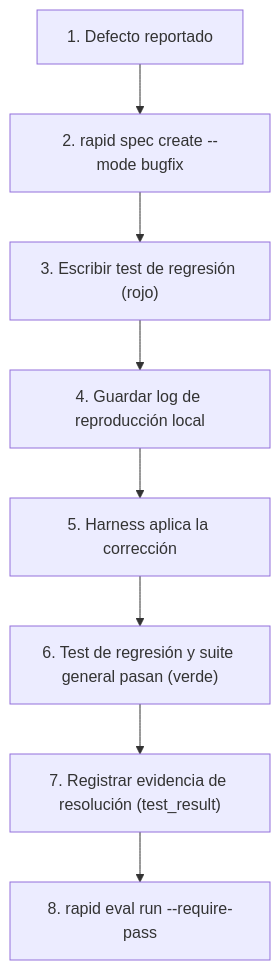
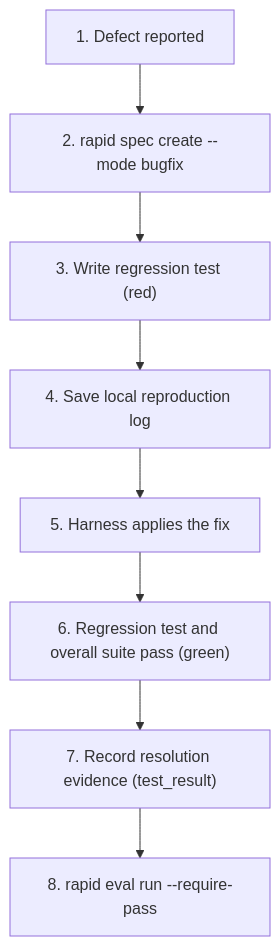
The diagram in docs/guides/modes/bugfix.md (alyconr/Rapid-OS), drawn with Mermaid before and after one commit. The commit also changed other lines of this file and 81 other files, not shown here.

````diff
--- a/docs/guides/modes/bugfix.md
+++ b/docs/guides/modes/bugfix.md
@@ -41,10 +41,10 @@
 ```mermaid
 flowchart TD
-    Bug["1. Defecto reportado"] --> Spec["2. rapid spec create --mode bugfix"]
-    Spec --> TestFail["3. Escribir test de regresión (rojo)"]
-    TestFail --> EvFail["4. Guardar log de reproducción local"]
-    EvFail --> Fix["5. Harness aplica la corrección"]
-    Fix --> TestPass["6. Test de regresión y suite general pasan (verde)"]
-    TestPass --> EvPass["7. Registrar evidencia de resolución (test_result)"]
+    Bug["1. Defect reported"] --> Spec["2. rapid spec create --mode bugfix"]
+    Spec --> TestFail["3. Write regression test (red)"]
+    TestFail --> EvFail["4. Save local reproduction log"]
+    EvFail --> Fix["5. Harness applies the fix"]
+    Fix --> TestPass["6. Regression test and overall suite pass (green)"]
+    TestPass --> EvPass["7. Record resolution evidence (test_result)"]
     EvPass --> Eval["8. rapid eval run --require-pass"]
 ```
````
